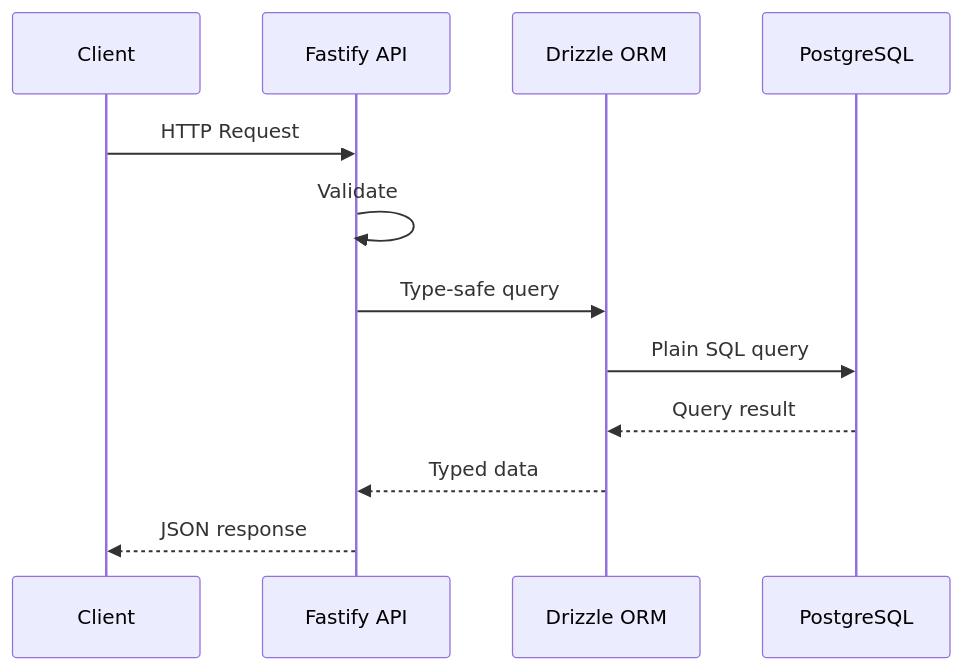
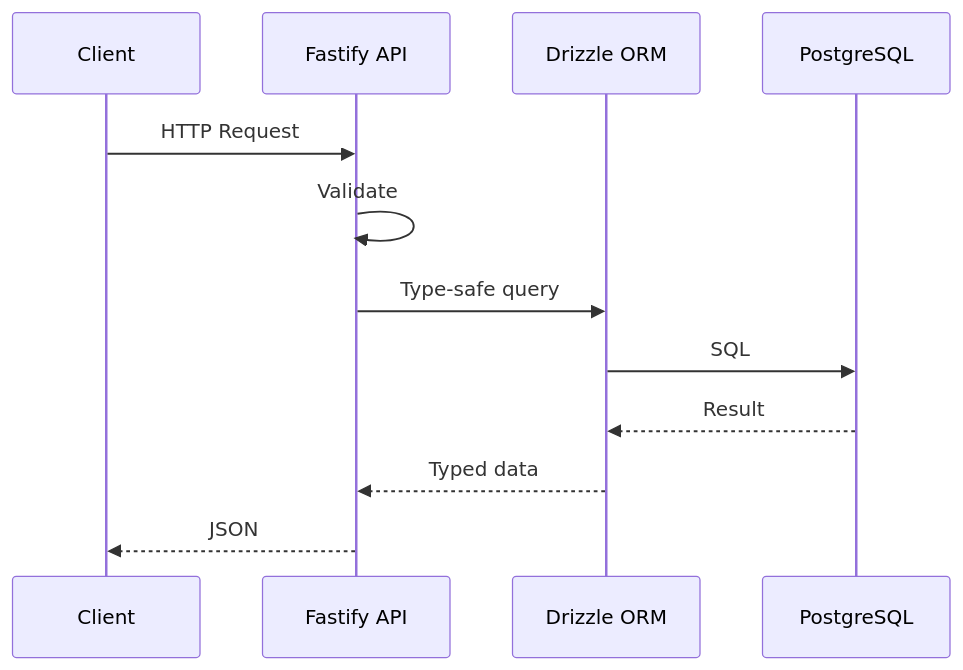
Before and after one commit to blockmatic/basilic: the diagram in apps/docu/content/docs/architecture/index.mdx, drawn with Mermaid. The commit also changed other lines of this file and 40 other files, not shown here.

````diff
--- a/apps/docu/content/docs/architecture/index.mdx
+++ b/apps/docu/content/docs/architecture/index.mdx
@@ -18,15 +8,15 @@
 ```mermaid
 sequenceDiagram
   participant Client
   participant API as Fastify API
   participant Drizzle as Drizzle ORM
   participant DB as PostgreSQL
 
   Client->>API: HTTP Request
   API->>API: Validate
   API->>Drizzle: Type-safe query
-  Drizzle->>DB: Plain SQL query
-  DB-->>Drizzle: Query result
+  Drizzle->>DB: SQL
+  DB-->>Drizzle: Result
   Drizzle-->>API: Typed data
-  API-->>Client: JSON response
+  API-->>Client: JSON
 ```
````
